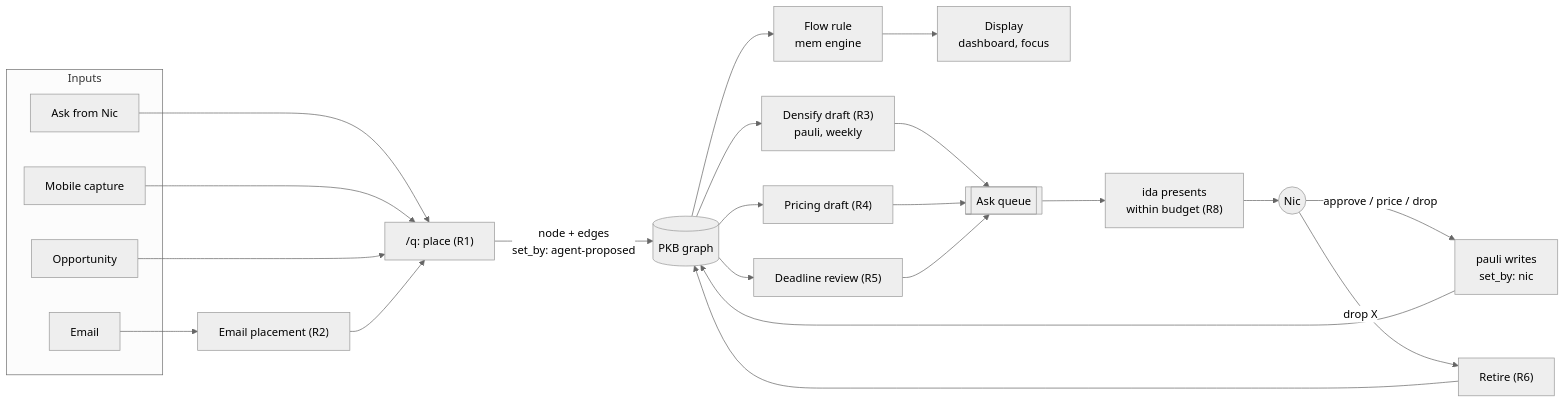
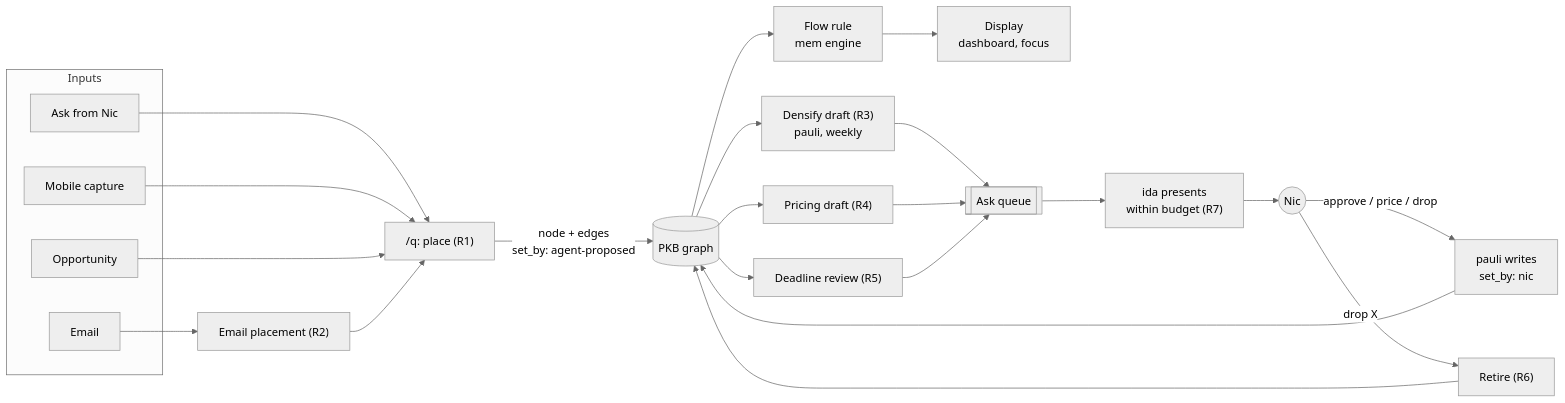
Before and after one commit to nicsuzor/academicOps: the diagram in specs/workflows/graph-valuation.md, drawn with Mermaid (neutral theme). The commit also changed other lines of this file, not shown here.

First line of the commit message:
docs(specs): graph-valuation QA fixes

````diff
--- a/specs/workflows/graph-valuation.md
+++ b/specs/workflows/graph-valuation.md
@@ -95,19 +95,19 @@
 ```mermaid
 flowchart LR
   subgraph In[Inputs]
     A[Ask from Nic]
     E[Email]
     C[Mobile capture]
     O[Opportunity]
   end
   A & C & O --> Q["/q: place (R1)"]
   E --> T["Email placement (R2)"] --> Q
   Q -->|node + edges<br/>set_by: agent-proposed| G[(PKB graph)]
   G --> F[Flow rule<br/>mem engine] --> D[Display<br/>dashboard, focus]
   G --> P["Densify draft (R3)<br/>pauli, weekly"] --> AQ[[Ask queue]]
   G --> PR["Pricing draft (R4)"] --> AQ
   G --> DL["Deadline review (R5)"] --> AQ
-  AQ --> I["ida presents<br/>within budget (R8)"] --> N((Nic))
+  AQ --> I["ida presents<br/>within budget (R7)"] --> N((Nic))
   N -->|approve / price / drop| W["pauli writes<br/>set_by: nic"] --> G
   N -->|"drop X"| R["Retire (R6)"] --> G
 ```
````
